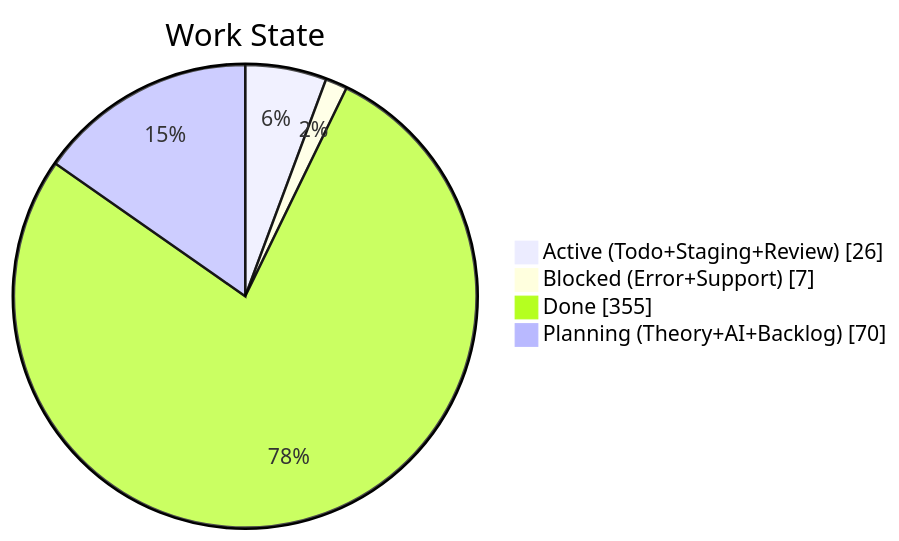
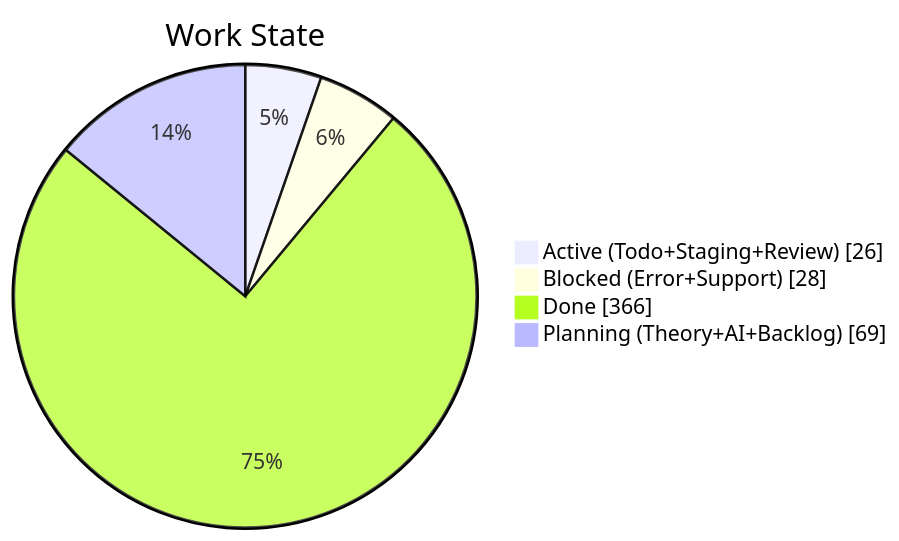
The second of 4 diagrams in apps/kbve/astro-kbve/src/content/docs/dashboard/kanban-data.mdx (KBVE/kbve), drawn with Mermaid before and after one commit. The commit also changed other lines of this file and 8 other files, not shown here.

````diff
--- a/apps/kbve/astro-kbve/src/content/docs/dashboard/kanban-data.mdx
+++ b/apps/kbve/astro-kbve/src/content/docs/dashboard/kanban-data.mdx
@@ -68,8 +67,8 @@
 ```mermaid
 pie showData
     title Work State
     "Active (Todo+Staging+Review)" : 26
-    "Blocked (Error+Support)" : 7
-    "Done" : 355
-    "Planning (Theory+AI+Backlog)" : 70
+    "Blocked (Error+Support)" : 28
+    "Done" : 366
+    "Planning (Theory+AI+Backlog)" : 69
 ```
````
